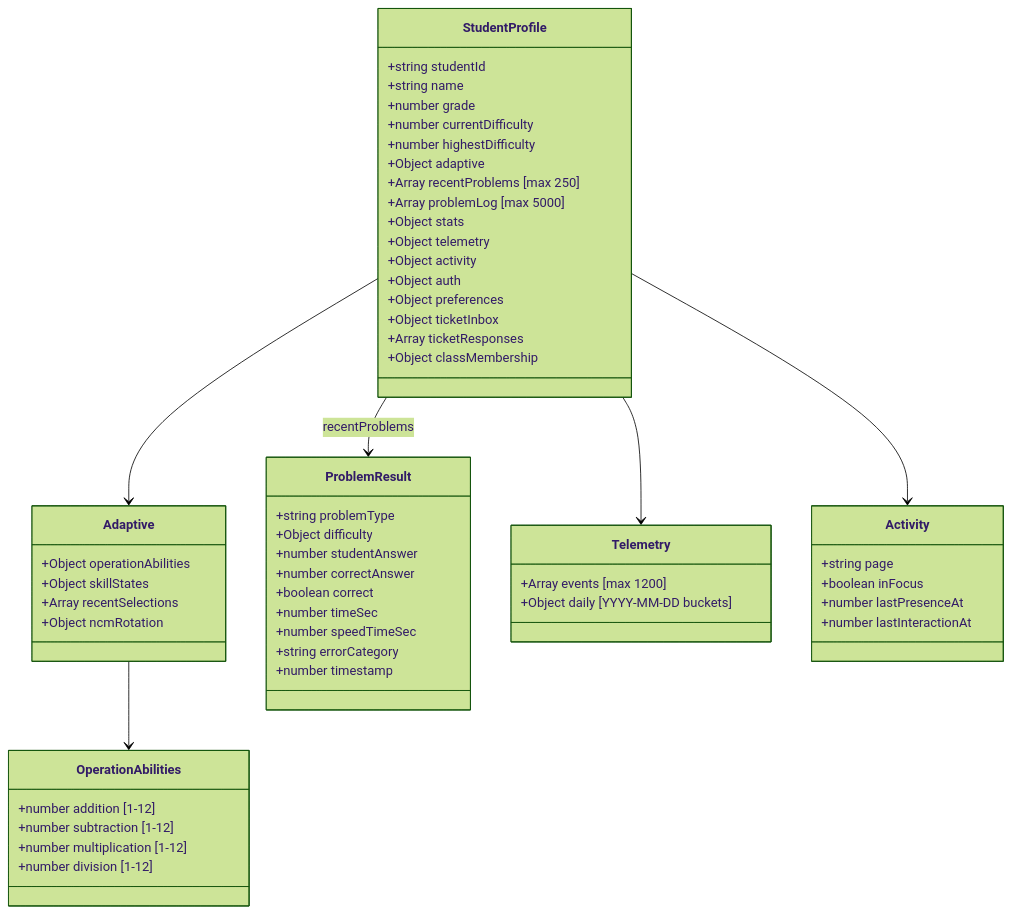
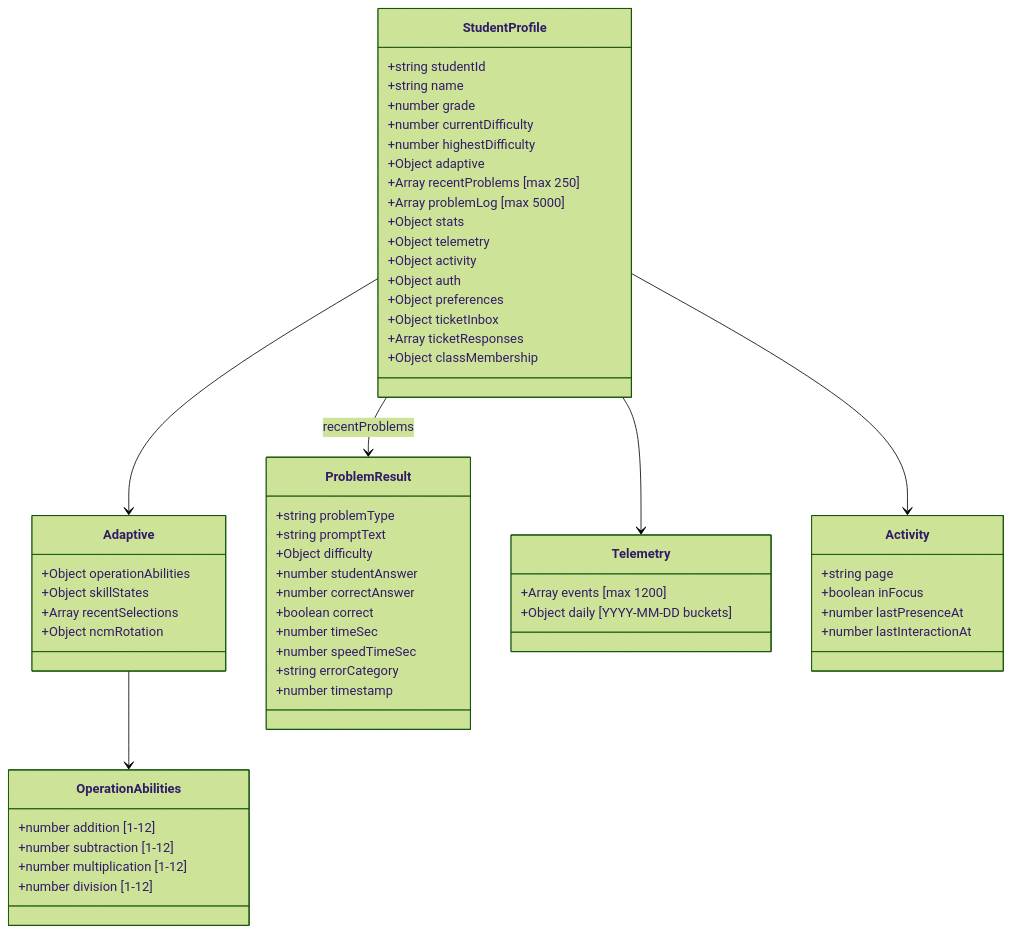
Before and after one commit to ximonse/sequential_math: the second of 13 diagrams in docs/data-flow.md, drawn with Mermaid (forest theme). The commit also changed other lines of this file and 14 other files, not shown here.

````diff
--- a/docs/data-flow.md
+++ b/docs/data-flow.md
@@ -59,65 +59,66 @@
 ```mermaid
 classDiagram
     class StudentProfile {
         +string studentId
         +string name
         +number grade
         +number currentDifficulty
         +number highestDifficulty
         +Object adaptive
         +Array recentProblems [max 250]
         +Array problemLog [max 5000]
         +Object stats
         +Object telemetry
         +Object activity
         +Object auth
         +Object preferences
         +Object ticketInbox
         +Array ticketResponses
         +Object classMembership
     }
 
     class Adaptive {
         +Object operationAbilities
         +Object skillStates
         +Array recentSelections
         +Object ncmRotation
     }
 
     class OperationAbilities {
         +number addition [1-12]
         +number subtraction [1-12]
         +number multiplication [1-12]
         +number division [1-12]
     }
 
     class ProblemResult {
         +string problemType
+        +string promptText
         +Object difficulty
         +number studentAnswer
         +number correctAnswer
         +boolean correct
         +number timeSec
         +number speedTimeSec
         +string errorCategory
         +number timestamp
     }
 
     class Telemetry {
         +Array events [max 1200]
         +Object daily [YYYY-MM-DD buckets]
     }
 
     class Activity {
         +string page
         +boolean inFocus
         +number lastPresenceAt
         +number lastInteractionAt
     }
 
     StudentProfile --> Adaptive
     Adaptive --> OperationAbilities
     StudentProfile --> ProblemResult : recentProblems
     StudentProfile --> Telemetry
     StudentProfile --> Activity
 ```
````
